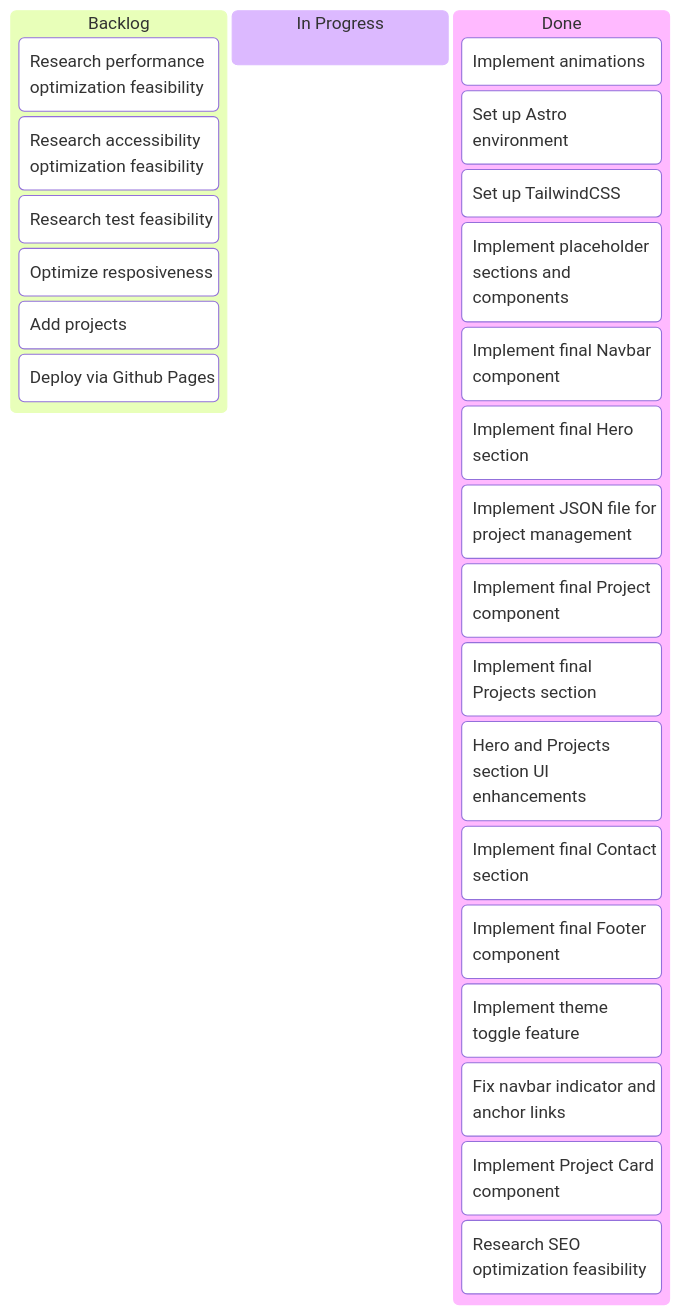
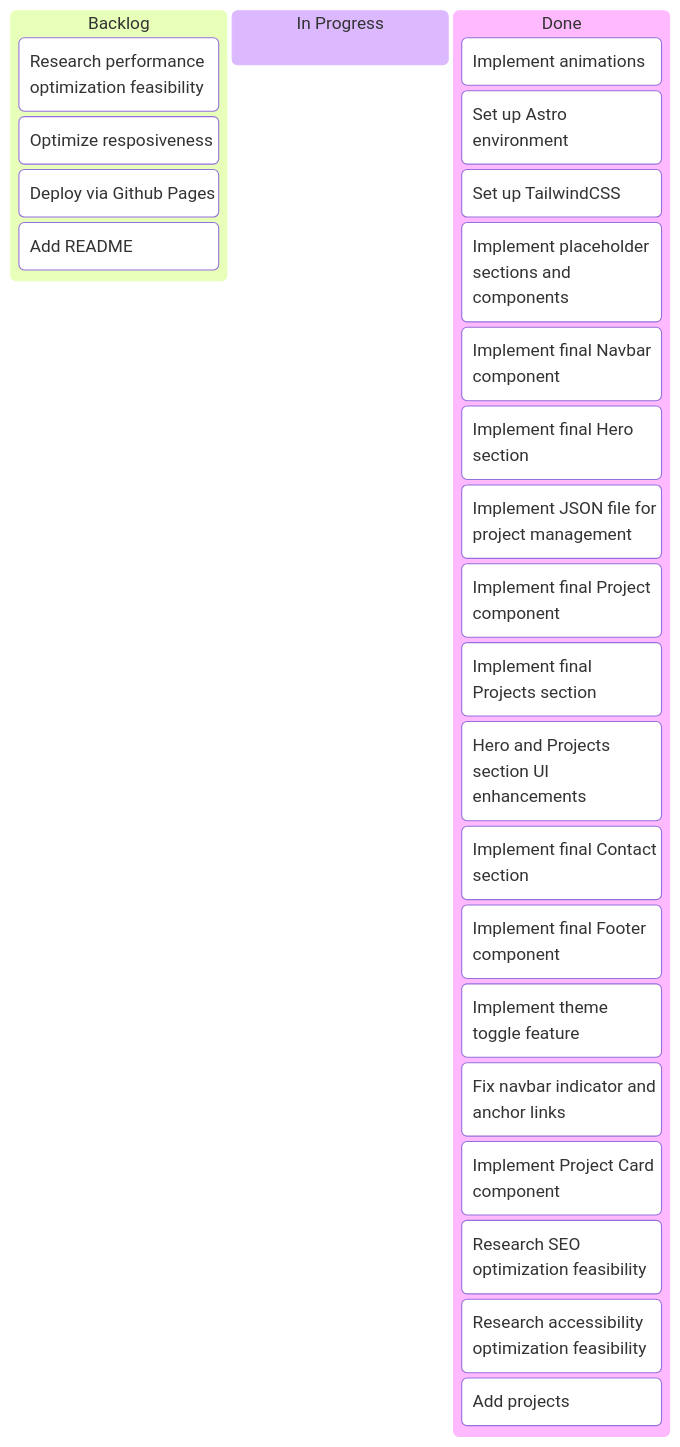
The diagram in docs/kanban.md (CantarinoG/portfolio), drawn with Mermaid before and after one commit. The commit also changed 9 other files, not shown here.

````diff
--- a/docs/kanban.md
+++ b/docs/kanban.md
@@ -1,28 +1,28 @@
 ```mermaid
 kanban
   stage1[Backlog]
     card18[Research performance optimization feasibility]
-    card19[Research accessibility optimization feasibility]
-    card21[Research test feasibility]
     card23[Optimize resposiveness]
-    card25[Add projects]
     card20[Deploy via Github Pages]
+    card29[Add README]
   stage2[In Progress]
   stage3[Done]
     card16[Implement animations]
     card1[Set up Astro environment]
     card24[Set up TailwindCSS]
     card5[Implement placeholder sections and components]
     card6[Implement final Navbar component]
     card7[Implement final Hero section]
     card22[Implement JSON file for project management]
     card8[Implement final Project component]
     card11[Implement final Projects section]
     card26[Hero and Projects section UI enhancements]
     card12[Implement final Contact section]
     card14[Implement final Footer component]
     card15[Implement theme toggle feature]
     card28[Fix navbar indicator and anchor links]
     card27[Implement Project Card component]
     card17[Research SEO optimization feasibility]
+    card19[Research accessibility optimization feasibility]
+    card25[Add projects]
 ```
````
